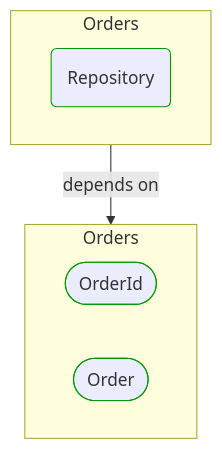
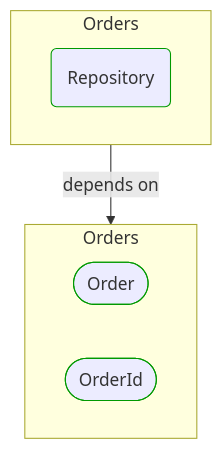
One commit to itlibrium/DDD-starter-dotnet changed the first of 2 diagrams in Docs/P3/MermaidOutput/BuildingBlocks/Sales/Orders/Repository.md. Above: the diagram before and after it, drawn with Mermaid. The commit also changed other lines of this file and 78 other files, not shown here.

````diff
--- a/Docs/P3/MermaidOutput/BuildingBlocks/Sales/Orders/Repository.md
+++ b/Docs/P3/MermaidOutput/BuildingBlocks/Sales/Orders/Repository.md
@@ -18,17 +18,17 @@
 ```mermaid
   flowchart TB
     subgraph 0["Orders"]
       1(Repository)
       class 1 DomainPerspective
     end
     subgraph 2["Orders"]
-      3([OrderId])
+      3([Order])
       class 3 DomainPerspective
-      4([Order])
+      4([OrderId])
       class 4 DomainPerspective
     end
     0-->|depends on|2
     classDef DomainPerspective stroke:#009900
     classDef TechnologyPerspective stroke:#1F41EB
     classDef PeoplePerspective stroke:#FFF014
 ```
````
